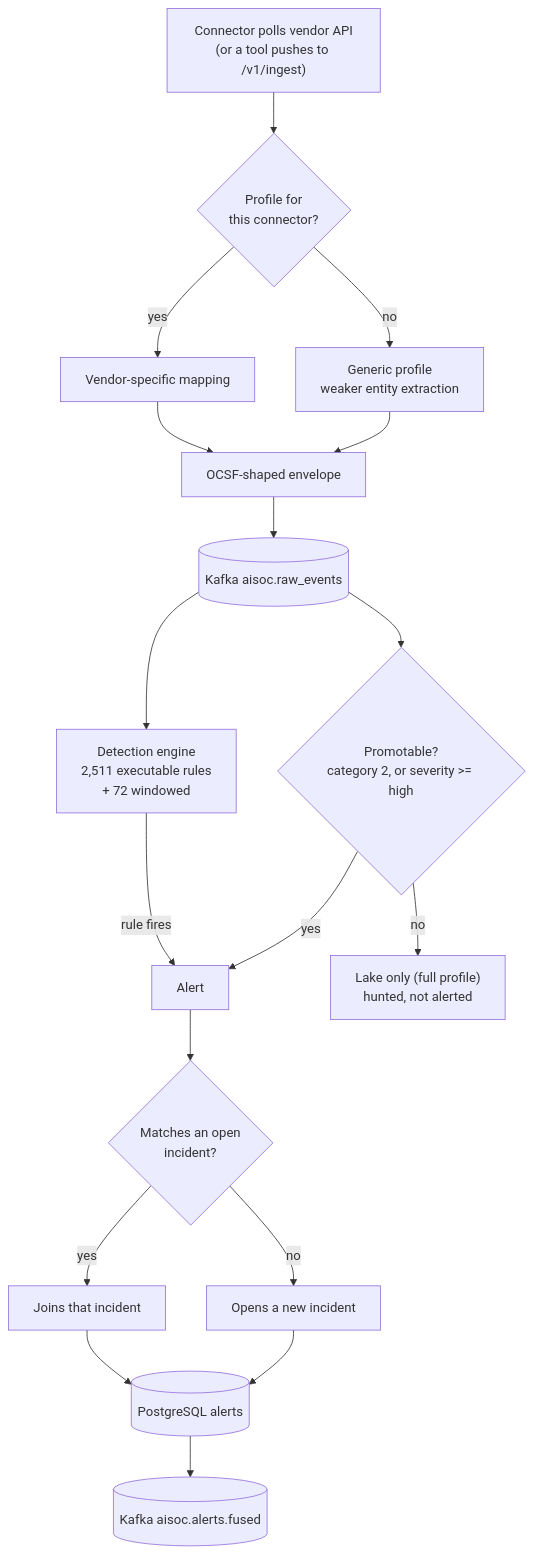
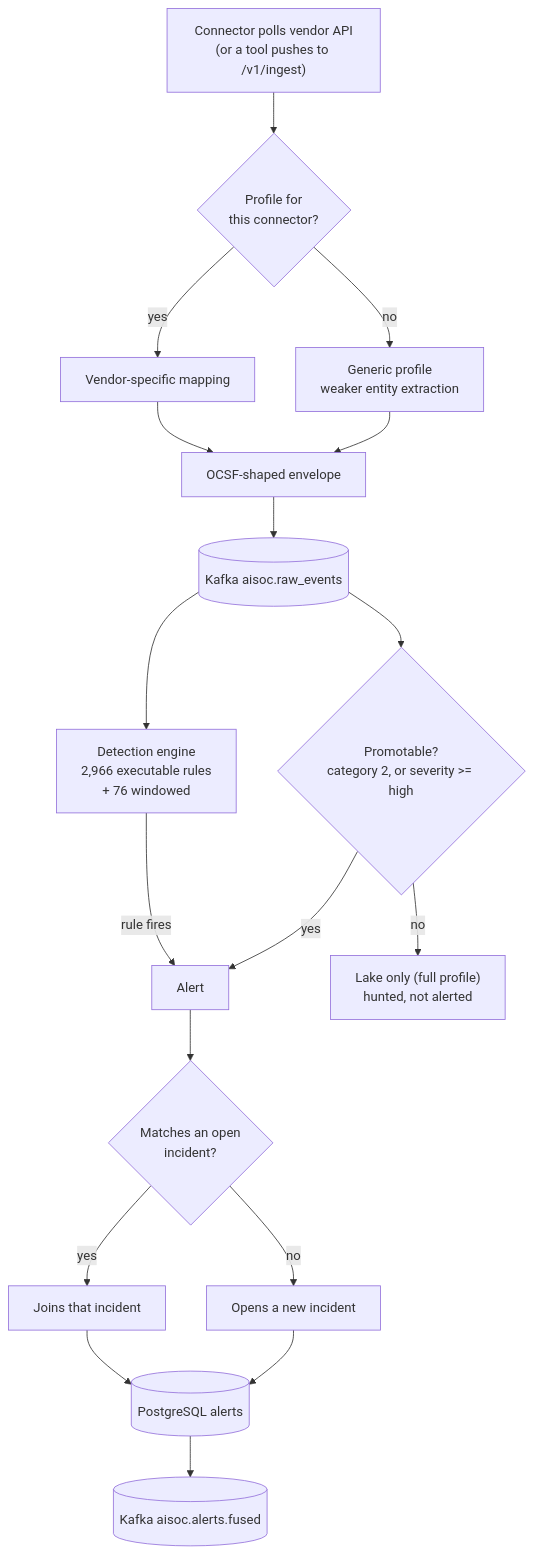
Before and after one commit to beenuar/AiSOC: the fifth of 5 diagrams in docs/architecture/README.md, drawn with Mermaid. The commit also changed other lines of this file and 11 other files, not shown here.

First line of the commit message:
docs: re-derive every published figure from the tree and correct the architecture inventory

````diff
--- a/docs/architecture/README.md
+++ b/docs/architecture/README.md
@@ -429,20 +429,20 @@
 ```mermaid
 flowchart TD
     A["Connector polls vendor API<br/>(or a tool pushes to /v1/ingest)"] --> B{"Profile for<br/>this connector?"}
     B -->|yes| C["Vendor-specific mapping"]
     B -->|no| D["Generic profile<br/>weaker entity extraction"]
     C --> E["OCSF-shaped envelope"]
     D --> E
     E --> F[("Kafka aisoc.raw_events")]
-    F --> G["Detection engine<br/>2,511 executable rules<br/>+ 72 windowed"]
+    F --> G["Detection engine<br/>2,966 executable rules<br/>+ 76 windowed"]
     F --> H{"Promotable?<br/>category 2, or severity >= high"}
     G -->|rule fires| I["Alert"]
     H -->|yes| I
     H -->|no| J["Lake only (full profile)<br/>hunted, not alerted"]
     I --> K{"Matches an open<br/>incident?"}
     K -->|yes| L["Joins that incident"]
     K -->|no| M["Opens a new incident"]
     L --> N[("PostgreSQL alerts")]
     M --> N
     N --> O[("Kafka aisoc.alerts.fused")]
 ```
````
